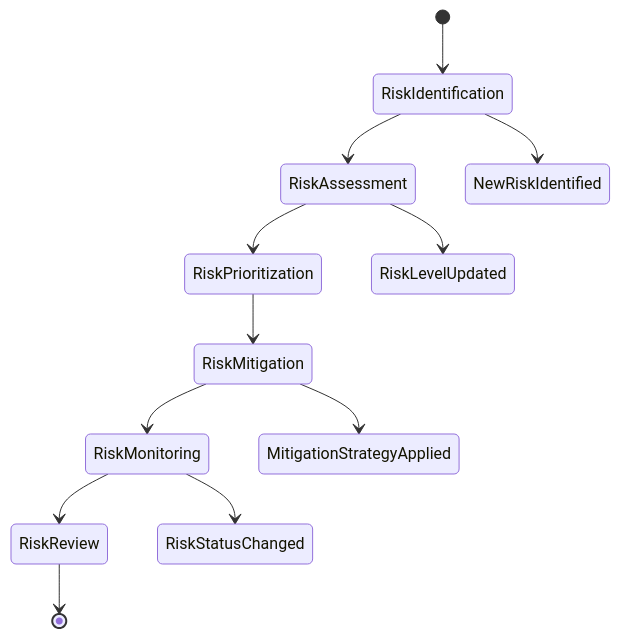
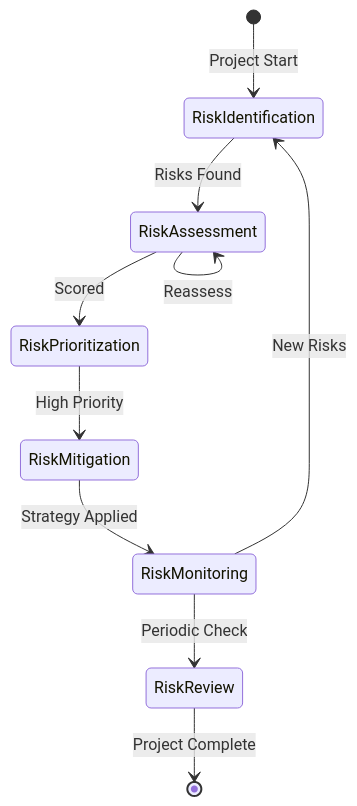
Before and after one commit to Shakour-Data/AutoProjectManagement: the second of 17 diagrams in Docs/Appendices/Module_Detailed_Specifications.md, drawn with Mermaid. The commit also changed other lines of this file, not shown here.

````diff
--- a/Docs/Appendices/Module_Detailed_Specifications.md
+++ b/Docs/Appendices/Module_Detailed_Specifications.md
@@ -50,15 +51,13 @@
 ```mermaid
 stateDiagram-v2
-    [*] --> RiskIdentification
-    RiskIdentification --> RiskAssessment
-    RiskAssessment --> RiskPrioritization
-    RiskPrioritization --> RiskMitigation
-    RiskMitigation --> RiskMonitoring
-    RiskMonitoring --> RiskReview
-    RiskReview --> [*]
+    [*] --> RiskIdentification: Project Start
+    RiskIdentification --> RiskAssessment: Risks Found
+    RiskAssessment --> RiskPrioritization: Scored
+    RiskPrioritization --> RiskMitigation: High Priority
+    RiskMitigation --> RiskMonitoring: Strategy Applied
+    RiskMonitoring --> RiskReview: Periodic Check
+    RiskReview --> [*]: Project Complete
     
-    RiskIdentification --> NewRiskIdentified
-    RiskAssessment --> RiskLevelUpdated
-    RiskMitigation --> MitigationStrategyApplied
-    RiskMonitoring --> RiskStatusChanged
+    RiskMonitoring --> RiskIdentification: New Risks
+    RiskAssessment --> RiskAssessment: Reassess
 ```
````
